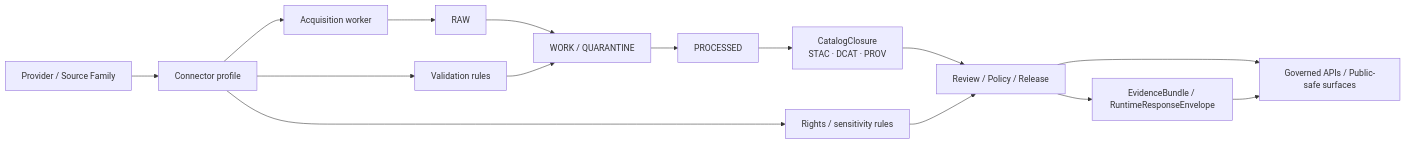
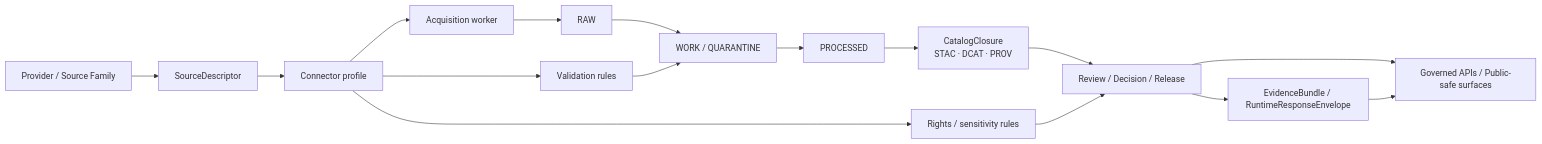
One commit to bartytime4life/Kansas-Frontier-Matrix changed the diagram in docs/connectors/README.md. Above: the diagram before and after it, drawn with Mermaid. The commit also changed other lines of this file, not shown here.

````diff
--- a/docs/connectors/README.md
+++ b/docs/connectors/README.md
@@ -293,19 +319,20 @@
 ```mermaid
 flowchart LR
-    A[Provider / Source Family] --> B[Connector profile]
-    B --> C[Acquisition worker]
-    C --> D[RAW]
-    D --> E[WORK / QUARANTINE]
-    E --> F[PROCESSED]
-    F --> G[CatalogClosure<br/>STAC · DCAT · PROV]
-    G --> H[Review / Policy / Release]
-    H --> I[Governed APIs / Public-safe surfaces]
+    A[Provider / Source Family] --> B[SourceDescriptor]
+    B --> C[Connector profile]
+    C --> D[Acquisition worker]
+    D --> E[RAW]
+    E --> F[WORK / QUARANTINE]
+    F --> G[PROCESSED]
+    G --> H[CatalogClosure<br/>STAC · DCAT · PROV]
+    H --> I[Review / Decision / Release]
+    I --> J[Governed APIs / Public-safe surfaces]
 
-    B --> J[Validation rules]
-    B --> K[Rights / sensitivity rules]
-    J --> E
-    K --> H
+    C --> K[Validation rules]
+    C --> L[Rights / sensitivity rules]
+    K --> F
+    L --> I
 
-    H --> L[EvidenceBundle / RuntimeResponseEnvelope]
-    L --> I
+    I --> M[EvidenceBundle / RuntimeResponseEnvelope]
+    M --> J
 ```
````
